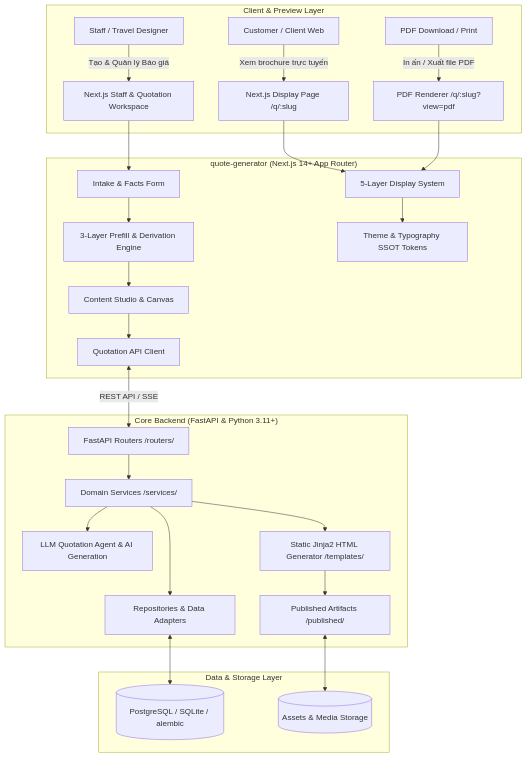
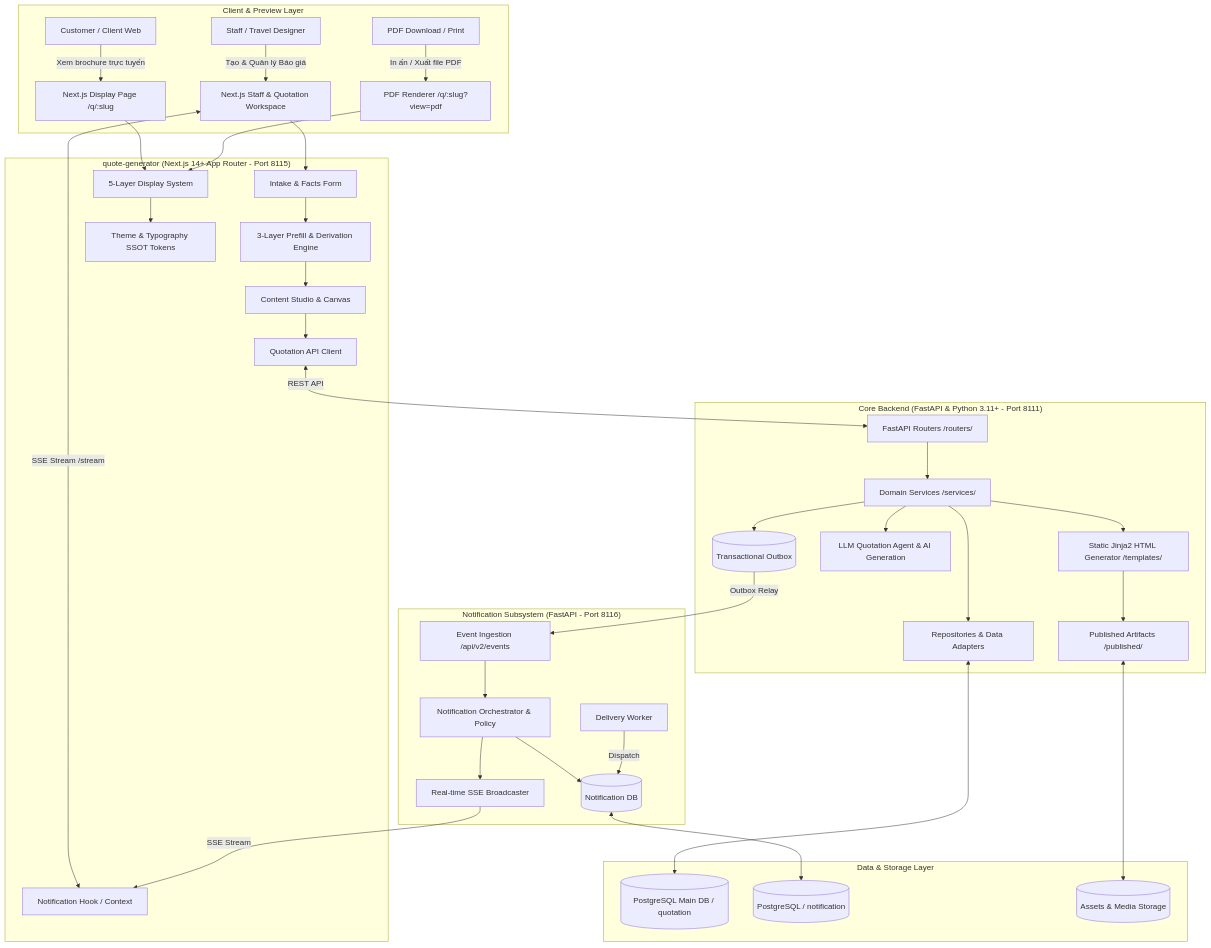
Before and after one commit to vungocnamhust/quotation-landingpage-template: the diagram in README.md, drawn with Mermaid. The commit also changed other lines of this file and 46 other files, not shown here.

Commit message:
cleancode with 4 layers: Pure Domain Reconciler Core -> Canonical Adapter Layer -> Orchestrator / Facade Layer -> React UI & Presentation Layer

````diff
--- a/README.md
+++ b/README.md
@@ -11,32 +11,44 @@
 ```mermaid
 flowchart TD
     subgraph ClientLayer ["Client & Preview Layer"]
         A[Customer / Client Web] -->|Xem brochure trực tuyến| N[Next.js Display Page /q/:slug]
         B[PDF Download / Print] -->|In ấn / Xuất file PDF| P[PDF Renderer /q/:slug?view=pdf]
         C[Staff / Travel Designer] -->|Tạo & Quản lý Báo giá| W[Next.js Staff & Quotation Workspace]
     end
 
-    subgraph FrontendApp ["quote-generator (Next.js 14+ App Router)"]
+    subgraph FrontendApp ["quote-generator (Next.js 14+ App Router - Port 8115)"]
         W --> F_INTAKE[Intake & Facts Form]
         F_INTAKE --> F_PREFILL[3-Layer Prefill & Derivation Engine]
         F_PREFILL --> F_STUDIO[Content Studio & Canvas]
         F_STUDIO --> F_API_CLIENT[Quotation API Client]
         N --> D_BUILDER[5-Layer Display System]
         P --> D_BUILDER
         D_BUILDER --> D_THEME[Theme & Typography SSOT Tokens]
+        W <-->|SSE Stream /stream| NOTIF_CLIENT[Notification Hook / Context]
     end
 
-    subgraph BackendApp ["Core Backend (FastAPI & Python 3.11+)"]
-        F_API_CLIENT <-->|REST API / SSE| B_ROUTERS[FastAPI Routers /routers/]
+    subgraph BackendApp ["Core Backend (FastAPI & Python 3.11+ - Port 8111)"]
+        F_API_CLIENT <-->|REST API| B_ROUTERS[FastAPI Routers /routers/]
         B_ROUTERS --> B_SERVICES[Domain Services /services/]
         B_SERVICES --> B_REPOS[Repositories & Data Adapters]
+        B_SERVICES --> B_OUTBOX[(Transactional Outbox)]
         B_SERVICES --> B_LLM[LLM Quotation Agent & AI Generation]
         B_SERVICES --> B_STATIC[Static Jinja2 HTML Generator /templates/]
         B_STATIC --> B_PUB[Published Artifacts /published/]
     end
 
+    subgraph NotificationApp ["Notification Subsystem (FastAPI - Port 8116)"]
+        B_OUTBOX -->|Outbox Relay| N_API[Event Ingestion /api/v2/events]
+        N_API --> N_CORE[Notification Orchestrator & Policy]
+        N_CORE --> N_BROAD[Real-time SSE Broadcaster]
+        N_CORE --> N_DB[(Notification DB)]
+        N_BROAD -->|SSE Stream| NOTIF_CLIENT
+        N_WORKER[Delivery Worker] -->|Dispatch| N_DB
+    end
+
     subgraph DataLayer ["Data & Storage Layer"]
-        B_REPOS <--> DB[(PostgreSQL / SQLite / alembic)]
+        B_REPOS <--> DB[(PostgreSQL Main DB / quotation)]
+        N_DB <--> DB_NOTIF[(PostgreSQL / notification)]
         B_PUB <--> S3[(Assets & Media Storage)]
     end
 ```
````
